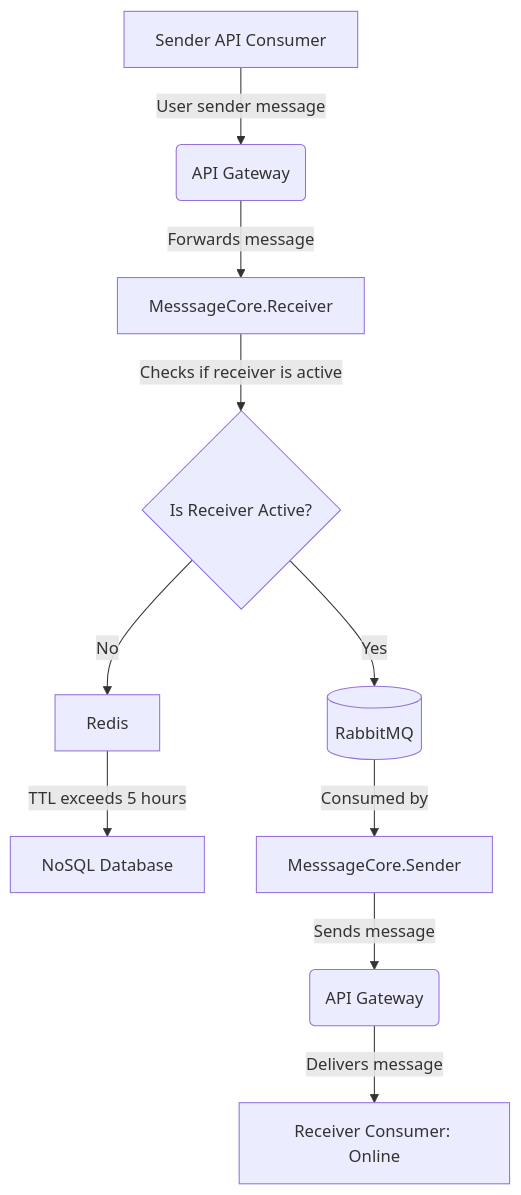
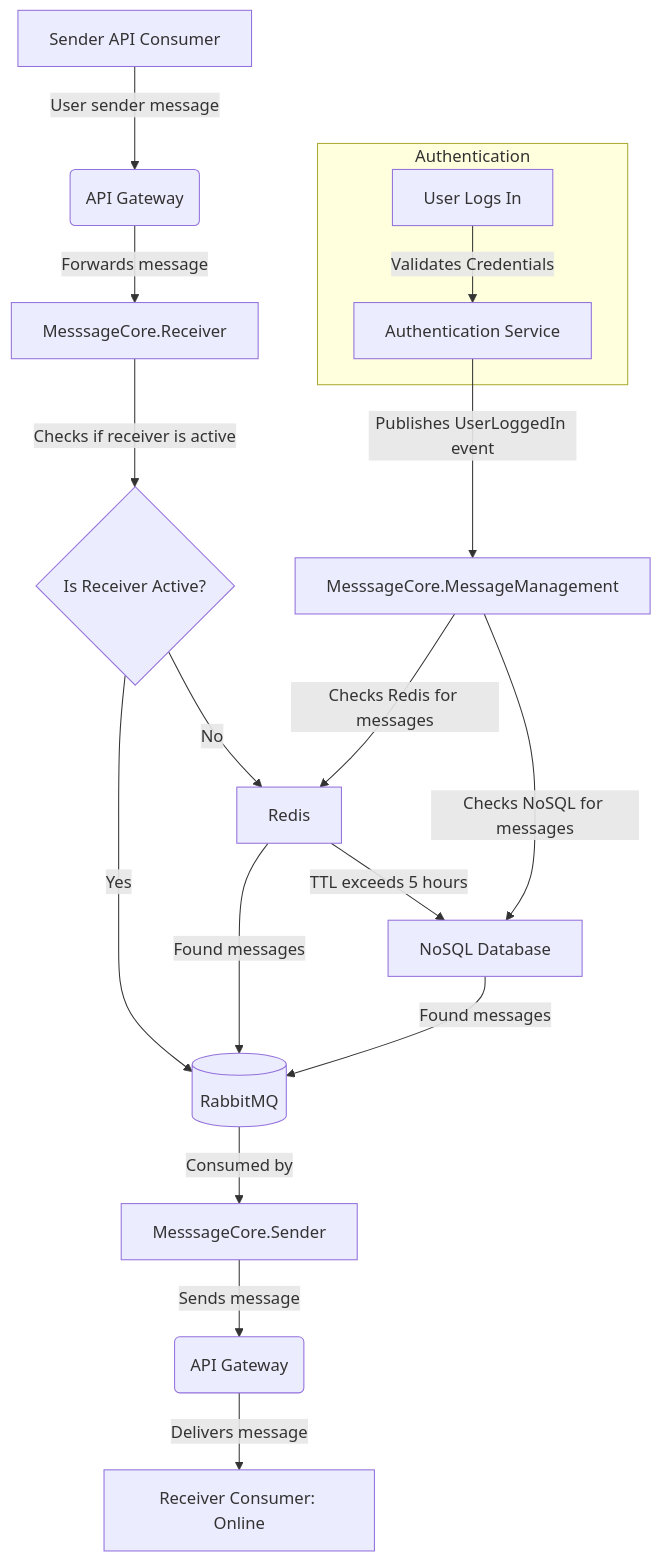
Before and after one commit to Klik-Bait/Klik-Core: the diagram in README.md, drawn with Mermaid.

Commit message:
update chart flow

````diff
--- a/README.md
+++ b/README.md
@@ -10,13 +10,25 @@
 ```mermaid
 graph TD
     A[Sender API Consumer] -->|User sender message| B(API Gateway)
     B -->|Forwards message| C[MesssageCore.Receiver]
     C -->|Checks if receiver is active| X{Is Receiver Active?}
     X -->|Yes| D[(RabbitMQ)]
     X -->|No| R[Redis]
     R -->|TTL exceeds 5 hours| N[NoSQL Database]
+
+    subgraph Authentication
+        H[User Logs In] -->|Validates Credentials| AS[Authentication Service]
+    end
+
+    AS -->|Publishes UserLoggedIn event| MM[MesssageCore.MessageManagement]
+    MM -->|Checks Redis for messages| R
+    MM -->|Checks NoSQL for messages| N
+    R -->|Found messages| D
+    N -->|Found messages| D
     D -->|Consumed by| E[MesssageCore.Sender]
     E -->|Sends message| F(API Gateway)
     F -->|Delivers message| G[Receiver Consumer: Online]
 
+
+
 ```
````
